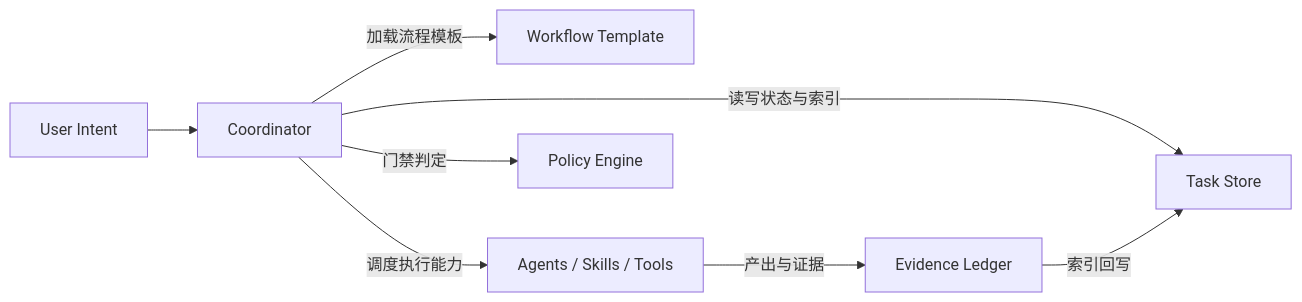
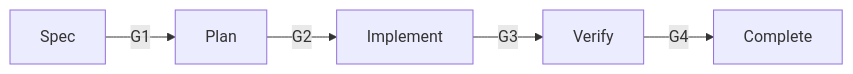
One commit to liushoukun/reason-cavalier changed the diagram in docs/workflow/index.md. Above: the diagram before and after it, drawn with Mermaid. The commit also changed other lines of this file and 6 other files, not shown here.

````diff
--- a/docs/workflow/index.md
+++ b/docs/workflow/index.md
@@ -37,10 +71,7 @@
 ```mermaid
 flowchart LR
-  U[User Intent] --> C[Coordinator]
-  C -->|加载流程模板| W[Workflow Template]
-  C -->|读写状态与索引| T[Task Store]
-  C -->|调度执行能力| E[Agents / Skills / Tools]
-  E -->|产出与证据| L[Evidence Ledger]
-  L -->|索引回写| T
-  C -->|门禁判定| P[Policy Engine]
+  SPEC[Spec] -->|G1| PLAN[Plan]
+  PLAN -->|G2| IMPLEMENT[Implement]
+  IMPLEMENT -->|G3| VERIFY[Verify]
+  VERIFY -->|G4| COMPLETE[Complete]
 ```
````
